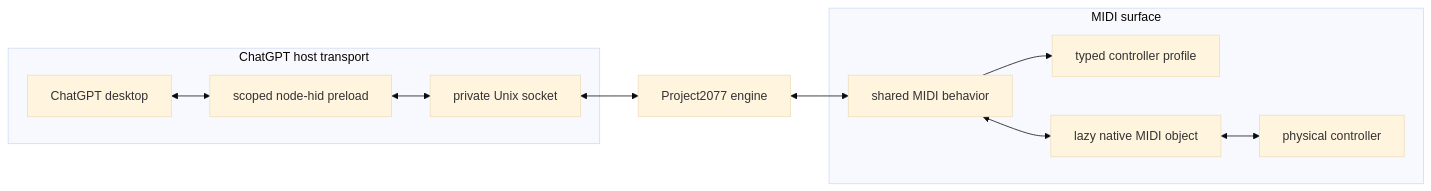
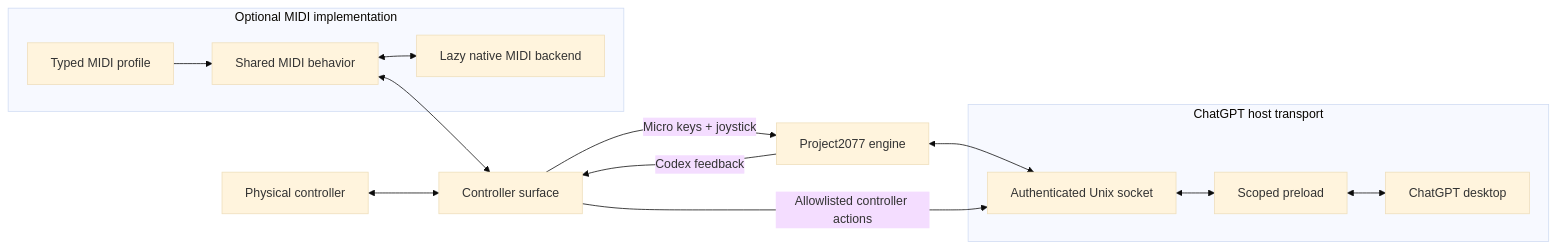
One commit to marioaltvater/codex-midi changed the diagram in docs/architecture.md. Above: the diagram before and after it, drawn with Mermaid (base theme). The commit also changed other lines of this file and 10 other files, not shown here.

Commit message:
Add Codex-guided controller setup

````diff
--- a/docs/architecture.md
+++ b/docs/architecture.md
@@ -14,25 +13,27 @@
 ```mermaid
 flowchart LR
-    subgraph Host["ChatGPT host transport"]
-        App["ChatGPT desktop"]
-        Shim["scoped node-hid preload"]
-        Socket["private Unix socket"]
-        App <--> Shim
-        Shim <--> Socket
+    Device["Physical controller"] <--> Surface["Controller surface"]
+
+    subgraph Midi["Optional MIDI implementation"]
+        Profile["Typed MIDI profile"]
+        Runtime["Shared MIDI behavior"]
+        Backend["Lazy native MIDI backend"]
+        Profile --> Runtime
+        Runtime <--> Backend
     end
 
-    Engine["Project2077 engine"]
+    Runtime <--> Surface
+    Surface -->|"Micro keys + joystick"| Engine["Project2077 engine"]
 
-    subgraph Surface["MIDI surface"]
-        Runtime["shared MIDI behavior"]
-        Profile["typed controller profile"]
-        Midi["lazy native MIDI object"]
-        Device["physical controller"]
-        Runtime --> Profile
-        Runtime <--> Midi
-        Midi <--> Device
+    subgraph Host["ChatGPT host transport"]
+        Socket["Authenticated Unix socket"]
+        Preload["Scoped preload"]
+        App["ChatGPT desktop"]
+        Socket <--> Preload
+        Preload <--> App
     end
 
-    Socket <--> Engine
-    Engine <--> Runtime
+    Engine <--> Socket
+    Surface -->|"Allowlisted controller actions"| Socket
+    Engine -->|"Codex feedback"| Surface
 ```
````
